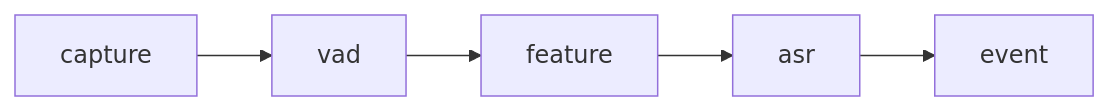
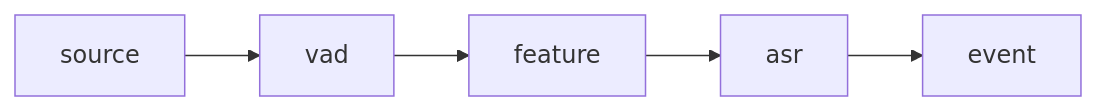
Before and after one commit to eagle-yw/Yspeech: the fourth of 5 diagrams in doc/design.md, drawn with Mermaid. The commit also changed other lines of this file and 50 other files, not shown here.

````diff
--- a/doc/design.md
+++ b/doc/design.md
@@ -114,4 +124,4 @@
 ```mermaid
 flowchart LR
-    capture --> vad --> feature --> asr --> event
+    source --> vad --> feature --> asr --> event
 ```
````
